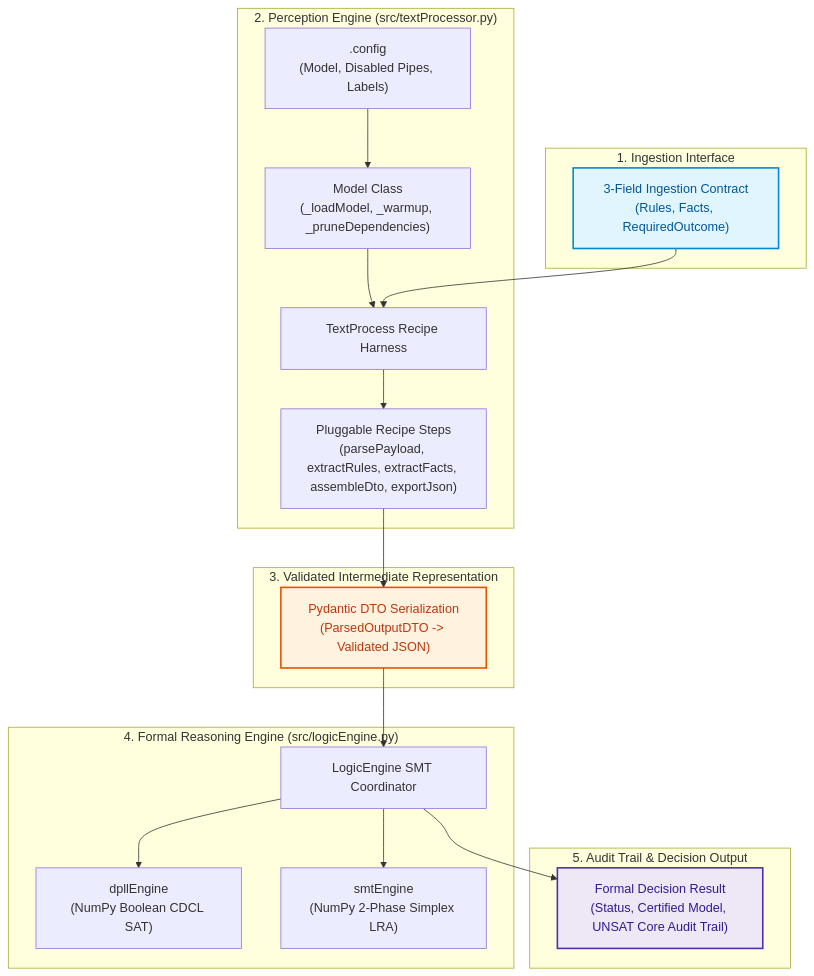
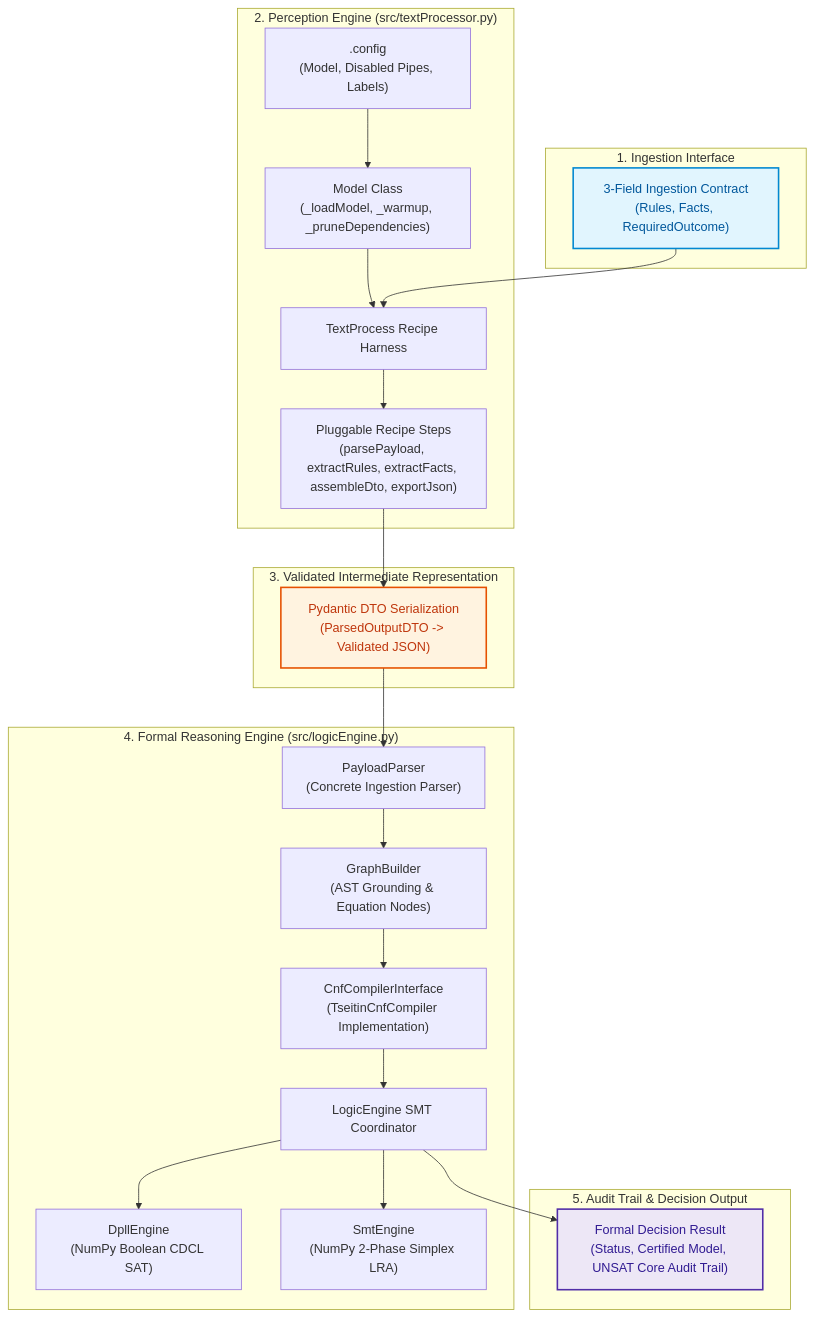
The diagram in Architecture/SystemOverview.md (Kraftpaket-bibliothek/Shiva), drawn with Mermaid before and after one commit. The commit also changed 8 other files, not shown here.

Commit message:
I have made a couple of architectural changes in how the code must look. I still need to scrutinize it further, and make it much simpler. We can delete more lines of code from the Logic Engine.

````diff
--- a/Architecture/SystemOverview.md
+++ b/Architecture/SystemOverview.md
@@ -5,43 +5,49 @@
 ```mermaid
 graph TD
     classDef inputStyle fill:#e1f5fe,stroke:#0288d1,stroke-width:2px,color:#01579b;
     classDef perceptionStyle fill:#f3e5f5,stroke:#7b1fa2,stroke-width:2px,color:#4a148c;
     classDef dtoArray fill:#fff3e0,stroke:#e65100,stroke-width:2px,color:#bf360c;
     classDef reasoningStyle fill:#e8f5e9,stroke:#2e7d32,stroke-width:2px,color:#1b5e20;
     classDef outputStyle fill:#ede7f6,stroke:#512da8,stroke-width:2px,color:#311b92;
 
     subgraph UserTier["1. Ingestion Interface"]
         Input["3-Field Ingestion Contract<br/>(Rules, Facts, RequiredOutcome)"]:::inputStyle
     end
 
     subgraph PerceptionTier["2. Perception Engine (src/textProcessor.py)"]
         Config[".config<br/>(Model, Disabled Pipes, Labels)"]
         Model["Model Class<br/>(_loadModel, _warmup, _pruneDependencies)"]
         Harness["TextProcess Recipe Harness"]
         Recipe["Pluggable Recipe Steps<br/>(parsePayload, extractRules, extractFacts, assembleDto, exportJson)"]
         Config --> Model
         Model --> Harness
         Harness --> Recipe
     end
 
     subgraph DataTier["3. Validated Intermediate Representation"]
         DTO["Pydantic DTO Serialization<br/>(ParsedOutputDTO -> Validated JSON)"]:::dtoArray
     end
 
     subgraph ReasoningTier["4. Formal Reasoning Engine (src/logicEngine.py)"]
+        Parser["PayloadParser<br/>(Concrete Ingestion Parser)"]
+        GB["GraphBuilder<br/>(AST Grounding & Equation Nodes)"]
+        Compiler["CnfCompilerInterface<br/>(TseitinCnfCompiler Implementation)"]
         Logic["LogicEngine SMT Coordinator"]
-        DPLL["dpllEngine<br/>(NumPy Boolean CDCL SAT)"]
-        SMT["smtEngine<br/>(NumPy 2-Phase Simplex LRA)"]
+        DPLL["DpllEngine<br/>(NumPy Boolean CDCL SAT)"]
+        SMT["SmtEngine<br/>(NumPy 2-Phase Simplex LRA)"]
+        Parser --> GB
+        GB --> Compiler
+        Compiler --> Logic
         Logic --> DPLL
         Logic --> SMT
     end
 
     subgraph OutputTier["5. Audit Trail & Decision Output"]
         Decision["Formal Decision Result<br/>(Status, Certified Model, UNSAT Core Audit Trail)"]:::outputStyle
     end
 
     Input --> Harness
     Recipe --> DTO
-    DTO --> Logic
+    DTO --> Parser
     Logic --> Decision
 ```
````
